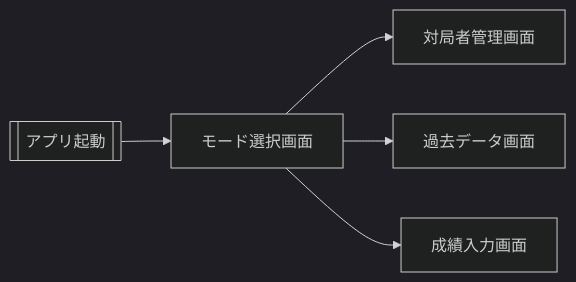
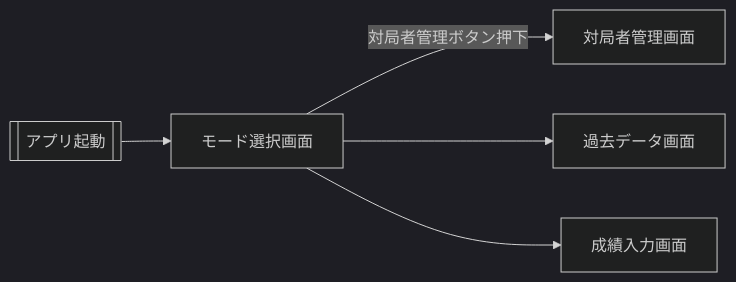
One commit to kongou71905/fs-test-app changed the first of 2 diagrams in docs/05_Screen-Flowchart.md. Above: the diagram before and after it, drawn with Mermaid (dark theme). The commit also changed other lines of this file, not shown here.

````diff
--- a/docs/05_Screen-Flowchart.md
+++ b/docs/05_Screen-Flowchart.md
@@ -3,7 +3,7 @@
 ```mermaid
 flowchart LR
 	start[[アプリ起動]] --> 01-top[モード選択画面]
-    01-top[モード選択画面] --> 02-kanri[対局者管理画面]
+    01-top[モード選択画面] -- "対局者管理"ボタン押下 --> 02-kanri[対局者管理画面]
     01-top[モード選択画面] --> 03-Data[過去データ画面]
     01-top[モード選択画面] --> 04-input[成績入力画面]
 ```
````
